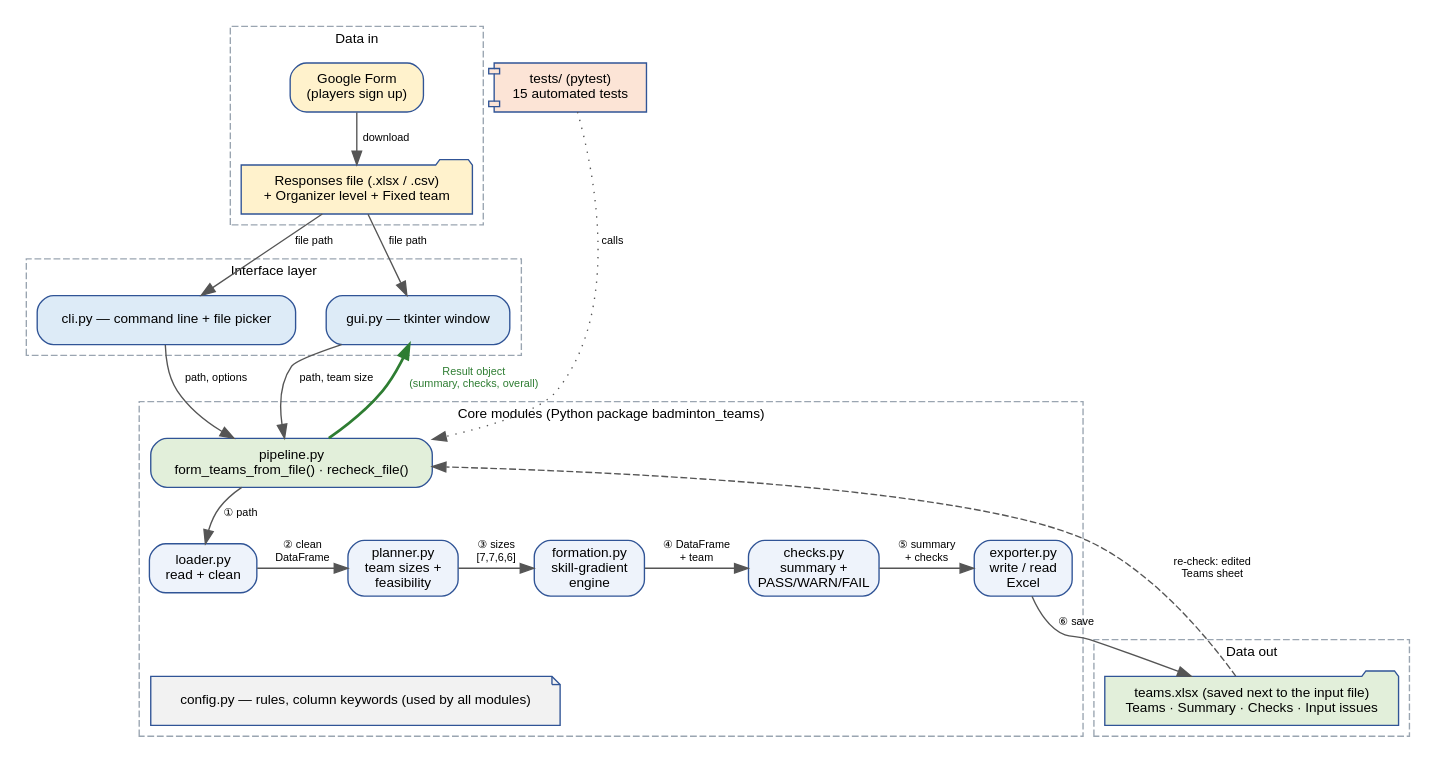
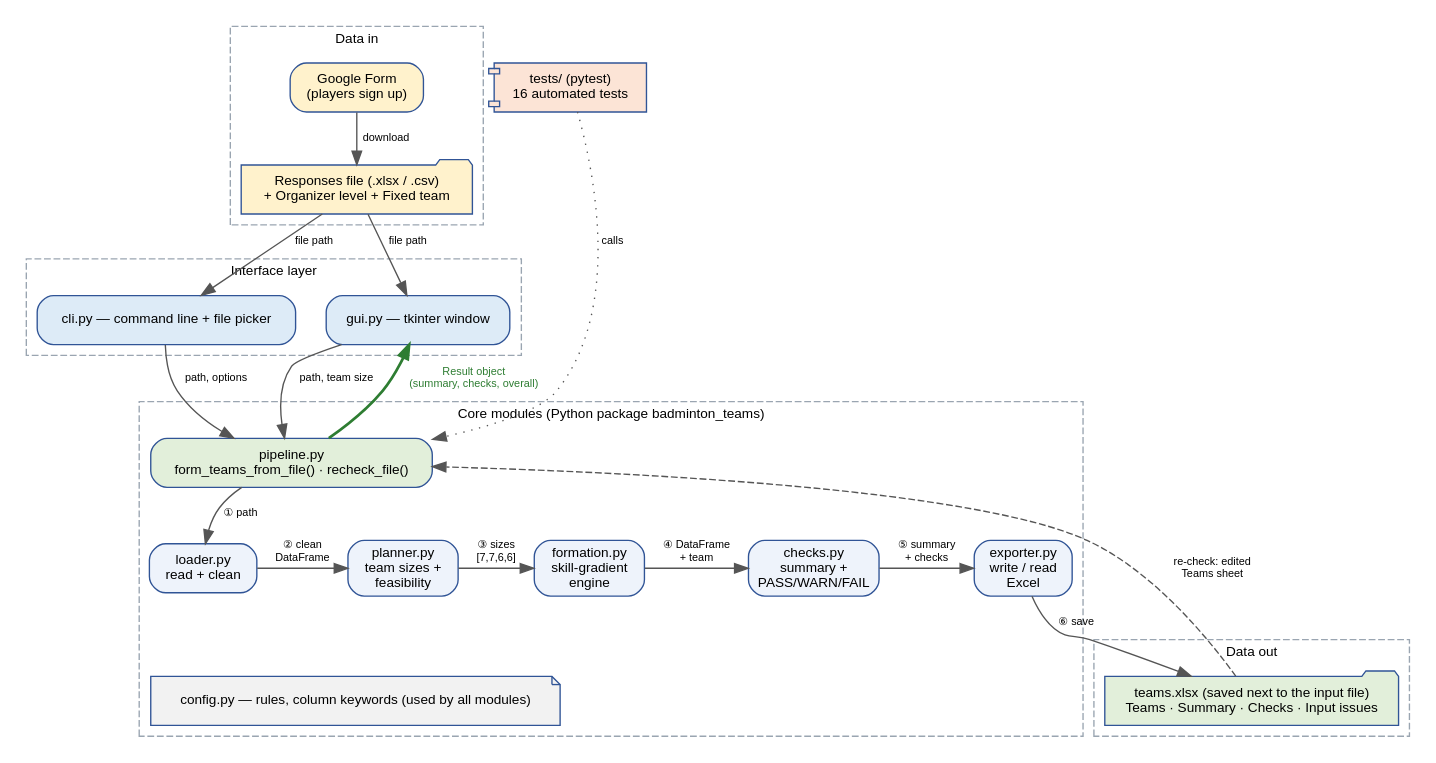
One commit to All3n0412/Python-Group-Project--N changed the diagram in docs/diagrams/architecture.dot. Above: the diagram before and after it, drawn with Graphviz. The commit also changed 6 other files, not shown here.

```diff
--- a/docs/diagrams/architecture.dot
+++ b/docs/diagrams/architecture.dot
@@ -1,44 +1,44 @@
 digraph A {
   rankdir=TB; nodesep=0.3; ranksep=0.42; newrank=true;
   node [shape=box style="rounded,filled" fontname="Helvetica" fontsize=10 color="#305496" fillcolor="#EEF3FB"];
   edge [fontname="Helvetica" fontsize=8 color="#555555"];
 
   subgraph cluster_in { label="Data in"; style=dashed; color="#9AA5B1"; fontname="Helvetica"; fontsize=10;
     form  [label="Google Form\n(players sign up)" fillcolor="#FFF2CC"];
     sheet [label="Responses file (.xlsx / .csv)\n+ Organizer level + Fixed team" shape=folder fillcolor="#FFF2CC"];
   }
   subgraph cluster_ui { label="Interface layer"; style=dashed; color="#9AA5B1"; fontname="Helvetica"; fontsize=10;
     gui [label="gui.py — tkinter window" fillcolor="#DDEBF7"];
     cli [label="cli.py — command line + file picker" fillcolor="#DDEBF7"];
   }
   subgraph cluster_core { label="Core modules (Python package badminton_teams)"; style=dashed; color="#9AA5B1"; fontname="Helvetica"; fontsize=10;
     pipe [label="pipeline.py\nform_teams_from_file() · recheck_file()" fillcolor="#E2EFDA"];
     load [label="loader.py\nread + clean"];
     plan [label="planner.py\nteam sizes +\nfeasibility"];
     fm   [label="formation.py\nskill-gradient\nengine"];
     chk  [label="checks.py\nsummary +\nPASS/WARN/FAIL"];
     exp  [label="exporter.py\nwrite / read\nExcel"];
     cfg  [label="config.py — rules, column keywords (used by all modules)" shape=note fillcolor="#F2F2F2"];
   }
   subgraph cluster_out { label="Data out"; style=dashed; color="#9AA5B1"; fontname="Helvetica"; fontsize=10;
     xlsx [label="teams.xlsx (saved next to the input file)\nTeams · Summary · Checks · Input issues" shape=folder fillcolor="#E2EFDA"];
   }
-  tests [label="tests/ (pytest)\n15 automated tests" shape=component fillcolor="#FCE4D6"];
+  tests [label="tests/ (pytest)\n16 automated tests" shape=component fillcolor="#FCE4D6"];
 
   { rank=same; gui; cli; }
   { rank=same; load; plan; fm; chk; exp; }
 
   form -> sheet [label=" download"];
   sheet -> gui [label=" file path"]; sheet -> cli [label=" file path"];
   gui -> pipe [label=" path, team size"]; cli -> pipe [label=" path, options"];
   pipe -> gui [label=" Result object\n (summary, checks, overall)" color="#2E7D32" fontcolor="#2E7D32" style=bold];
   pipe -> load [label=" ① path"];
   load -> plan [label="② clean\nDataFrame"];
   plan -> fm [label="③ sizes\n[7,7,6,6]"];
   fm -> chk [label="④ DataFrame\n+ team"];
   chk -> exp [label="⑤ summary\n+ checks"];
   exp -> xlsx [label=" ⑥ save"];
   xlsx -> pipe [label=" re-check: edited\n Teams sheet" style=dashed constraint=false];
   load -> cfg [style=invis];
   tests -> pipe [style=dotted label=" calls" constraint=false];
 }
```
